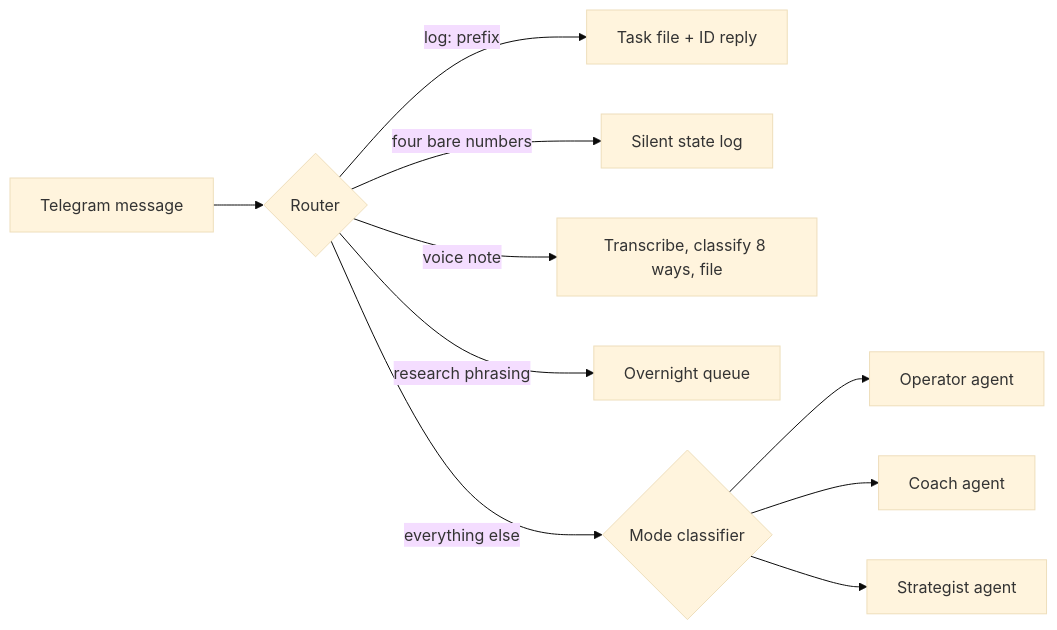
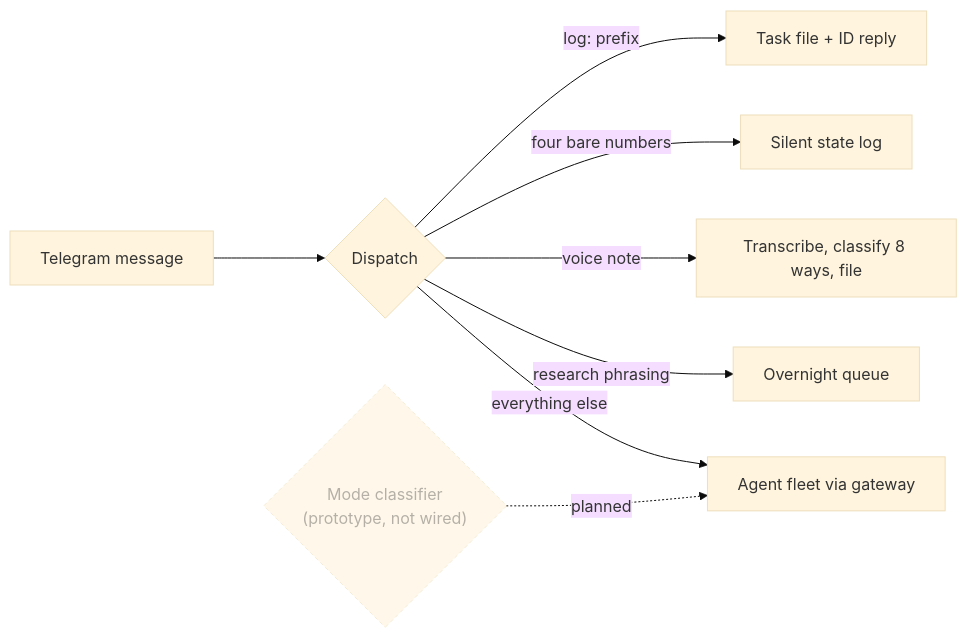
The diagram in case-studies/01-assessment-driven-agents.md (JustinTSmith/systems), drawn with Mermaid (base theme) before and after one commit. The commit also changed other lines of this file, not shown here.

Commit message:
Correct router status: prototype, not live

````diff
--- a/case-studies/01-assessment-driven-agents.md
+++ b/case-studies/01-assessment-driven-agents.md
@@ -83,12 +89,11 @@
 ```mermaid
 flowchart LR
-    M[Telegram message] --> R{Router}
+    M[Telegram message] --> R{Dispatch}
     R -->|"log: prefix"| T[Task file + ID reply]
     R -->|four bare numbers| L[Silent state log]
     R -->|voice note| V[Transcribe, classify 8 ways, file]
     R -->|research phrasing| Q[Overnight queue]
-    R -->|everything else| C{Mode classifier}
-    C --> OP[Operator agent]
-    C --> CO[Coach agent]
-    C --> ST[Strategist agent]
+    R -->|everything else| A[Agent fleet via gateway]
+    C{"Mode classifier<br/>(prototype, not wired)"}:::proto -.planned.-> A
+    classDef proto stroke-dasharray: 4 3,opacity:0.6
 ```
````
